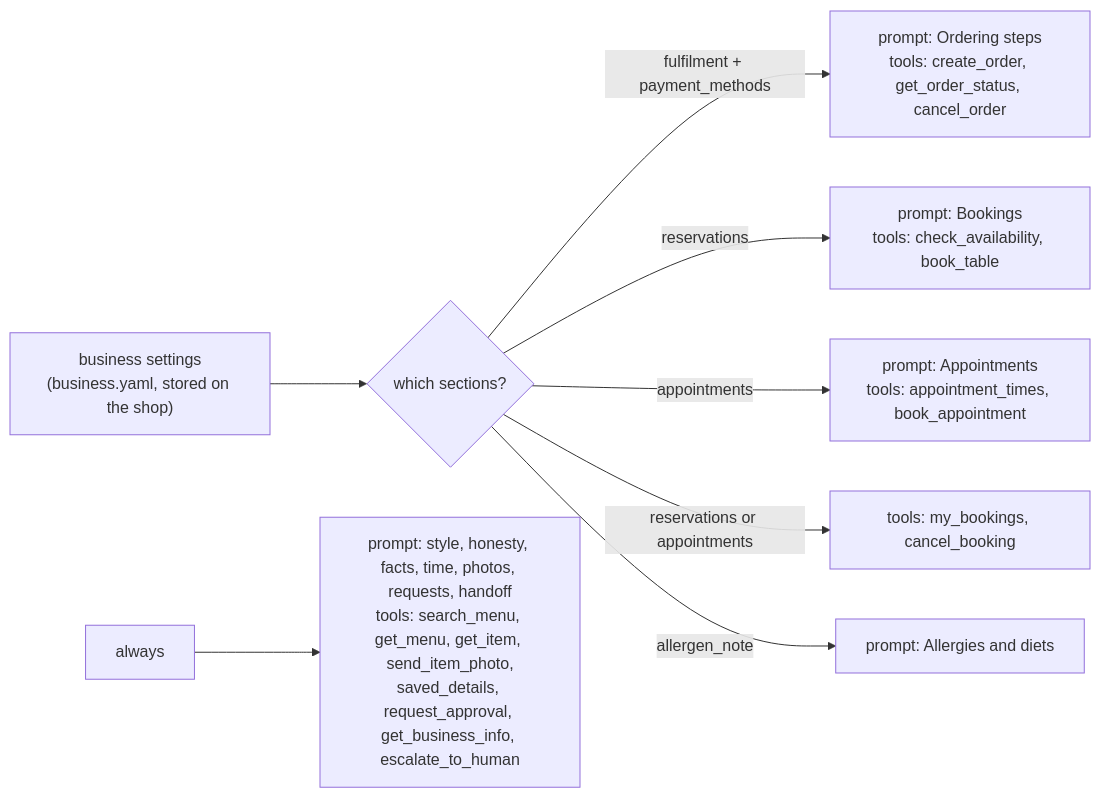
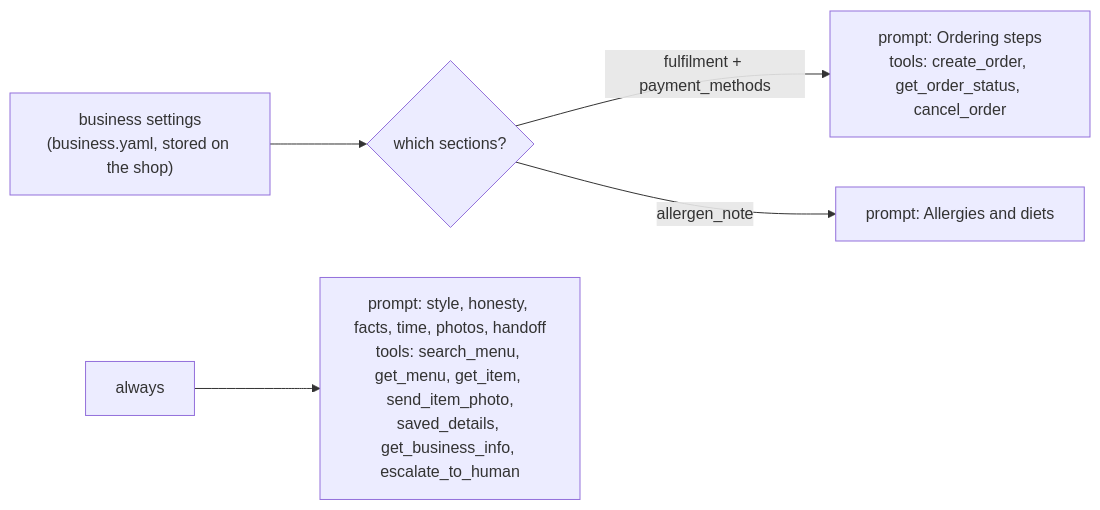
The ninth of 25 diagrams in README.md (NiloyBhattacharjee/MITUai), drawn with Mermaid before and after one commit. The commit also changed other lines of this file and 26 other files, not shown here.

First line of the commit message:
Remove table bookings, salon appointments and the approvals queue

````diff
--- a/README.md
+++ b/README.md
@@ -461,10 +454,7 @@
 ```mermaid
 flowchart LR
     Y["business settings<br/>(business.yaml, stored on the shop)"] --> F{"which sections?"}
     F -- "fulfilment + payment_methods" --> O["prompt: Ordering steps<br/>tools: create_order, get_order_status, cancel_order"]
-    F -- "reservations" --> B["prompt: Bookings<br/>tools: check_availability, book_table"]
-    F -- "appointments" --> P["prompt: Appointments<br/>tools: appointment_times, book_appointment"]
-    F -- "reservations or appointments" --> MB["tools: my_bookings, cancel_booking"]
     F -- "allergen_note" --> AL["prompt: Allergies and diets"]
-    ALL["always"] --> X["prompt: style, honesty, facts, time, photos, requests, handoff<br/>tools: search_menu, get_menu, get_item, send_item_photo,<br/>saved_details, request_approval, get_business_info, escalate_to_human"]
+    ALL["always"] --> X["prompt: style, honesty, facts, time, photos, handoff<br/>tools: search_menu, get_menu, get_item, send_item_photo,<br/>saved_details, get_business_info, escalate_to_human"]
 ```
````
